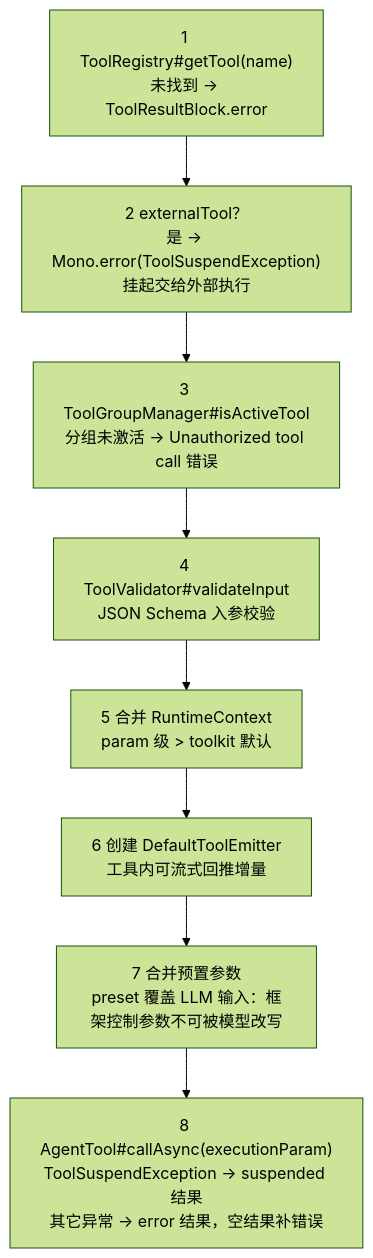
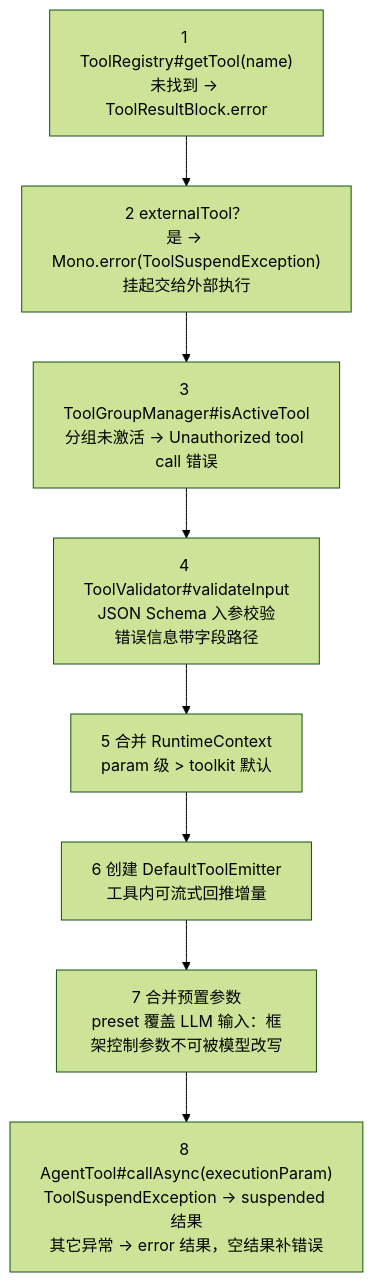
The third of 3 diagrams in 04-工具系统.md (liulangjietou/AgentScope-source-analysis), drawn with Mermaid (forest theme) before and after one commit. The commit also changed other lines of this file and 10 other files, not shown here.

````diff
--- a/04-工具系统.md
+++ b/04-工具系统.md
@@ -70,10 +72,10 @@
 ```mermaid
 flowchart TB
     S1["1 ToolRegistry#getTool(name)<br/>未找到 → ToolResultBlock.error"] --> S2["2 externalTool？<br/>是 → Mono.error(ToolSuspendException)<br/>挂起交给外部执行"]
     S2 --> S3["3 ToolGroupManager#isActiveTool<br/>分组未激活 → Unauthorized tool call 错误"]
-    S3 --> S4["4 ToolValidator#validateInput<br/>JSON Schema 入参校验"]
+    S3 --> S4["4 ToolValidator#validateInput<br/>JSON Schema 入参校验<br/>错误信息带字段路径"]
     S4 --> S5["5 合并 RuntimeContext<br/>param 级 > toolkit 默认"]
     S5 --> S6["6 创建 DefaultToolEmitter<br/>工具内可流式回推增量"]
     S6 --> S7["7 合并预置参数<br/>preset 覆盖 LLM 输入：框架控制参数不可被模型改写"]
     S7 --> S8["8 AgentTool#callAsync(executionParam)<br/>ToolSuspendException → suspended 结果<br/>其它异常 → error 结果，空结果补错误"]
 ```
````
